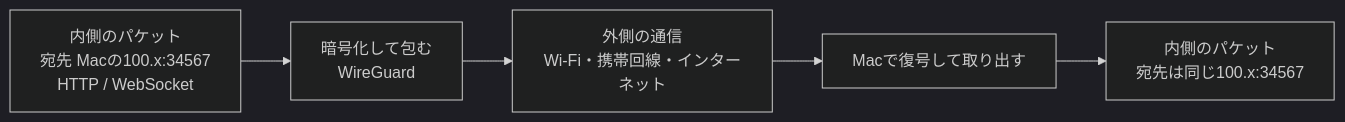
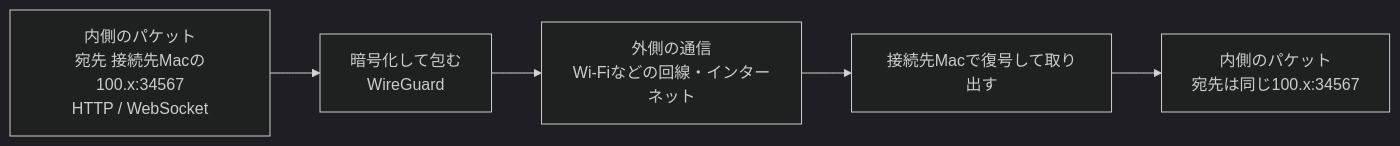
Before and after one commit to susumutomita/zenn-article: the second of 6 diagrams in articles/tailscale-mulmoterminal-network.md, drawn with Mermaid (dark theme). The commit also changed other lines of this file, not shown here.

````diff
--- a/articles/tailscale-mulmoterminal-network.md
+++ b/articles/tailscale-mulmoterminal-network.md
@@ -147,9 +153,9 @@
 ```mermaid
 flowchart LR
-  A["内側のパケット<br/>宛先 Macの100.x:34567<br/>HTTP / WebSocket"]
+  A["内側のパケット<br/>宛先 接続先Macの100.x:34567<br/>HTTP / WebSocket"]
   B["暗号化して包む<br/>WireGuard"]
-  C["外側の通信<br/>Wi-Fi・携帯回線・インターネット"]
-  D["Macで復号して取り出す"]
+  C["外側の通信<br/>Wi-Fiなどの回線・インターネット"]
+  D["接続先Macで復号して取り出す"]
   E["内側のパケット<br/>宛先は同じ100.x:34567"]
   A --> B --> C --> D --> E
 ```
````
